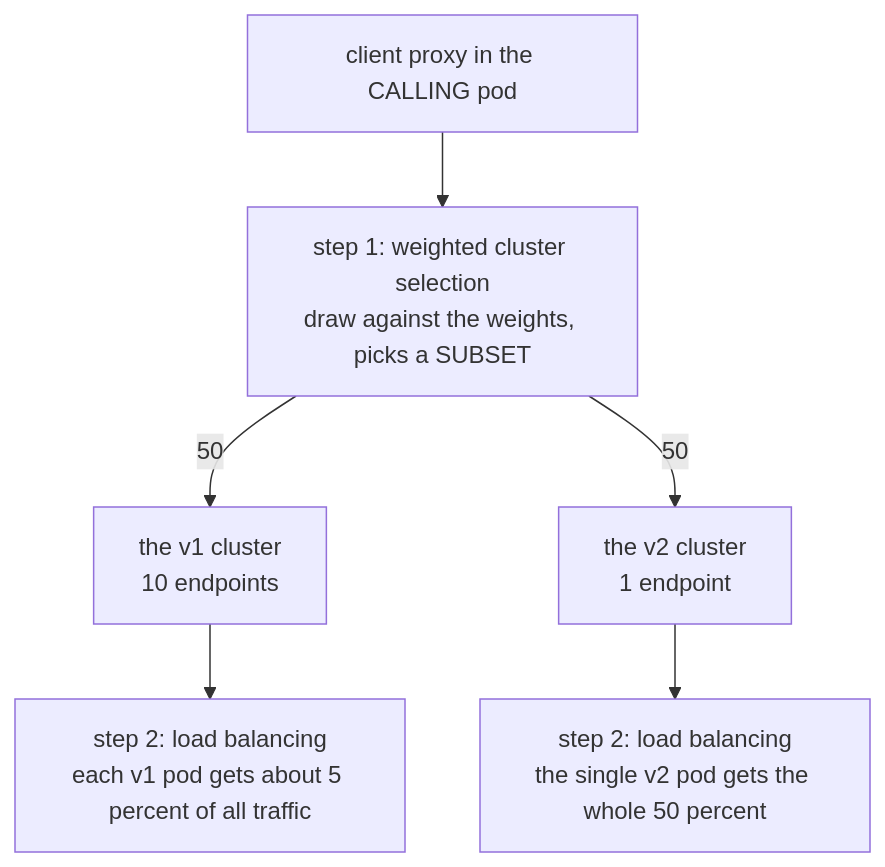
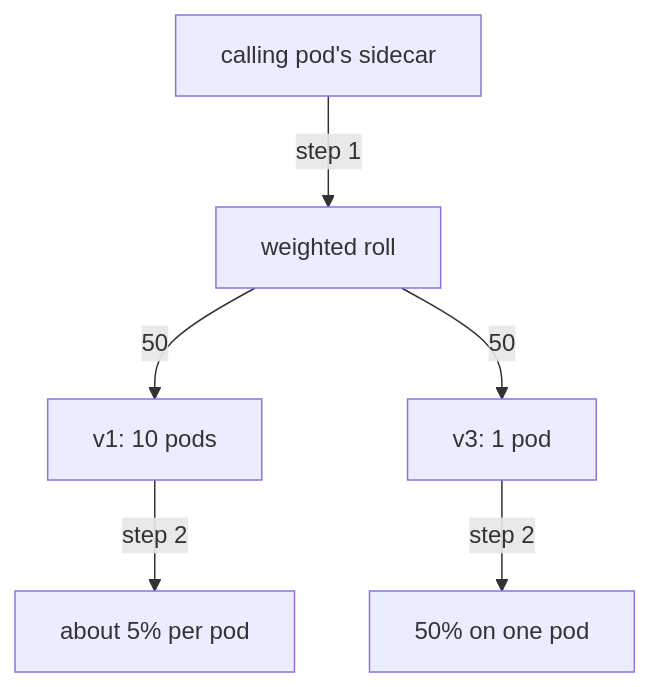
One commit to astrona-io/ATS014 changed the diagram in sections/section-020/module-01/course-03-weight-versus-replicas-and-proof.md. Above: the diagram before and after it, drawn with Mermaid. The commit also changed other lines of this file and 444 other files, not shown here.

````diff
--- a/sections/section-020/module-01/course-03-weight-versus-replicas-and-proof.md
+++ b/sections/section-020/module-01/course-03-weight-versus-replicas-and-proof.md
@@ -11,8 +15,8 @@
 ```mermaid
-flowchart TD
-    P["client proxy in the CALLING pod"] --> W["step 1: weighted cluster selection<br/>draw against the weights, picks a SUBSET"]
-    W -->|"50"| C1["the v1 cluster<br/>10 endpoints"]
-    W -->|"50"| C2["the v2 cluster<br/>1 endpoint"]
-    C1 --> L1["step 2: load balancing<br/>each v1 pod gets about 5 percent of all traffic"]
-    C2 --> L2["step 2: load balancing<br/>the single v2 pod gets the whole 50 percent"]
+flowchart TB
+    P["calling pod's sidecar"] -->|"step 1"| W["weighted roll"]
+    W -->|"50"| C1["v1: 10 pods"]
+    W -->|"50"| C3["v3: 1 pod"]
+    C1 -->|"step 2"| L1["about 5% per pod"]
+    C3 -->|"step 2"| L3["50% on one pod"]
 ```
````
